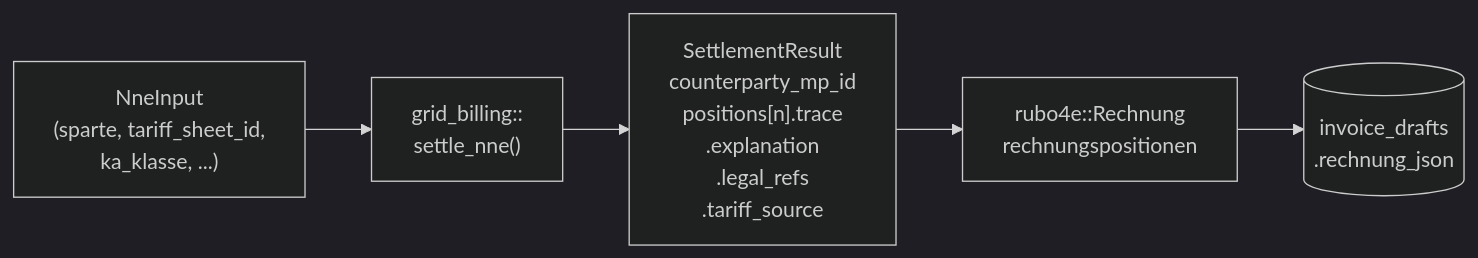
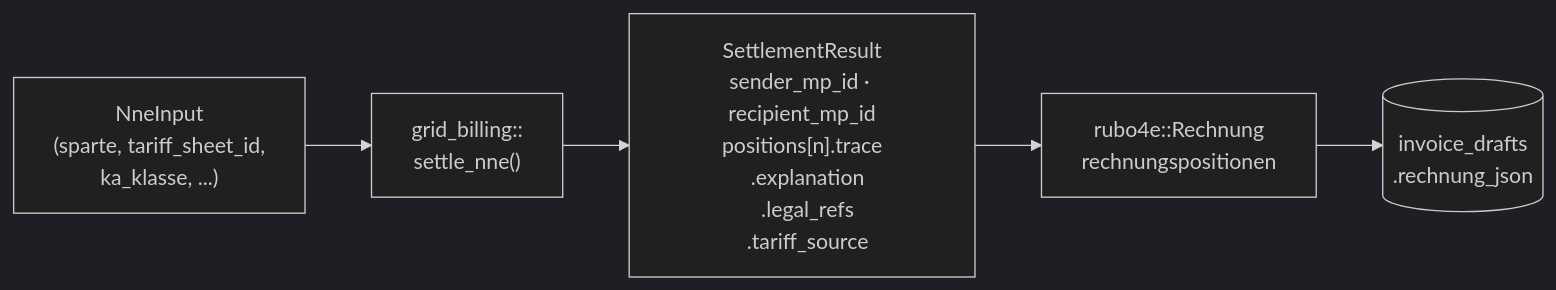
The third of 5 diagrams in site/content/docs/services/netzbilanzd.md (hupe1980/mako), drawn with Mermaid (dark theme) before and after one commit. The commit also changed other lines of this file and 91 other files, not shown here.

````diff
--- a/site/content/docs/services/netzbilanzd.md
+++ b/site/content/docs/services/netzbilanzd.md
@@ -313,10 +313,10 @@
 ```mermaid
 flowchart LR
     input["NneInput<br/>(sparte, tariff_sheet_id,<br/>ka_klasse, ...)"]
     calc["grid_billing::<br/>settle_nne()"]
-    gs["SettlementResult<br/>counterparty_mp_id<br/>positions[n].trace<br/>  .explanation<br/>  .legal_refs<br/>  .tariff_source"]
+    gs["SettlementResult<br/>sender_mp_id · recipient_mp_id<br/>positions[n].trace<br/>  .explanation<br/>  .legal_refs<br/>  .tariff_source"]
     rechnung["rubo4e::Rechnung<br/>rechnungspositionen"]
     db[("invoice_drafts<br/>.rechnung_json")]
 
     input --> calc --> gs --> rechnung --> db
 ```
````
